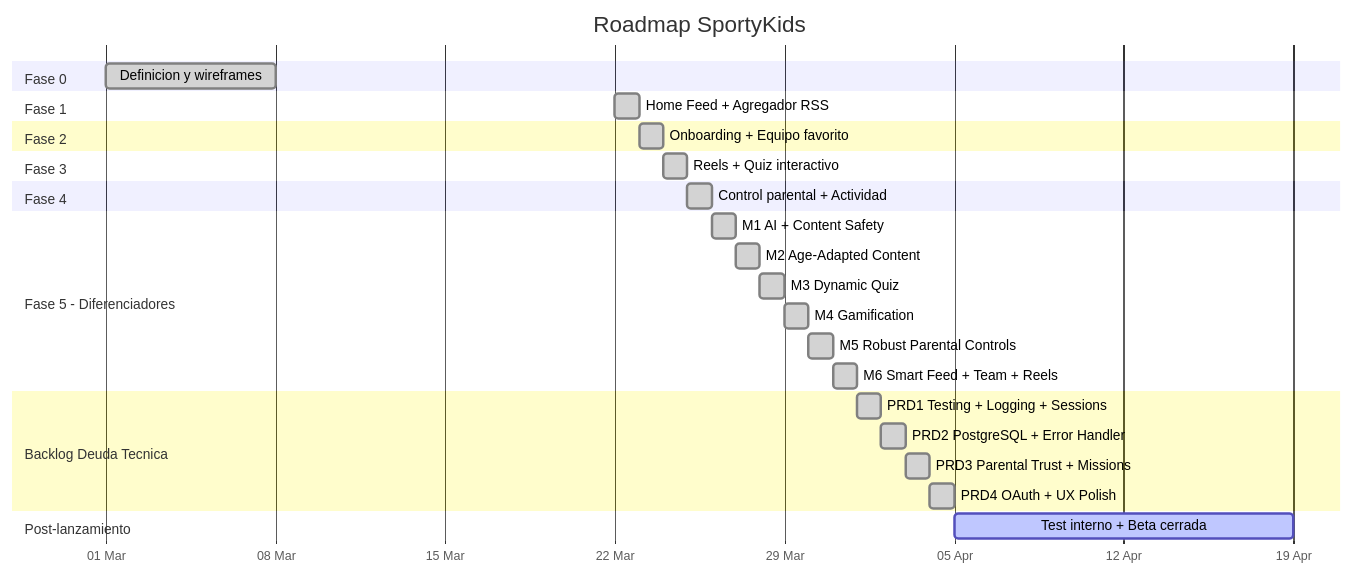
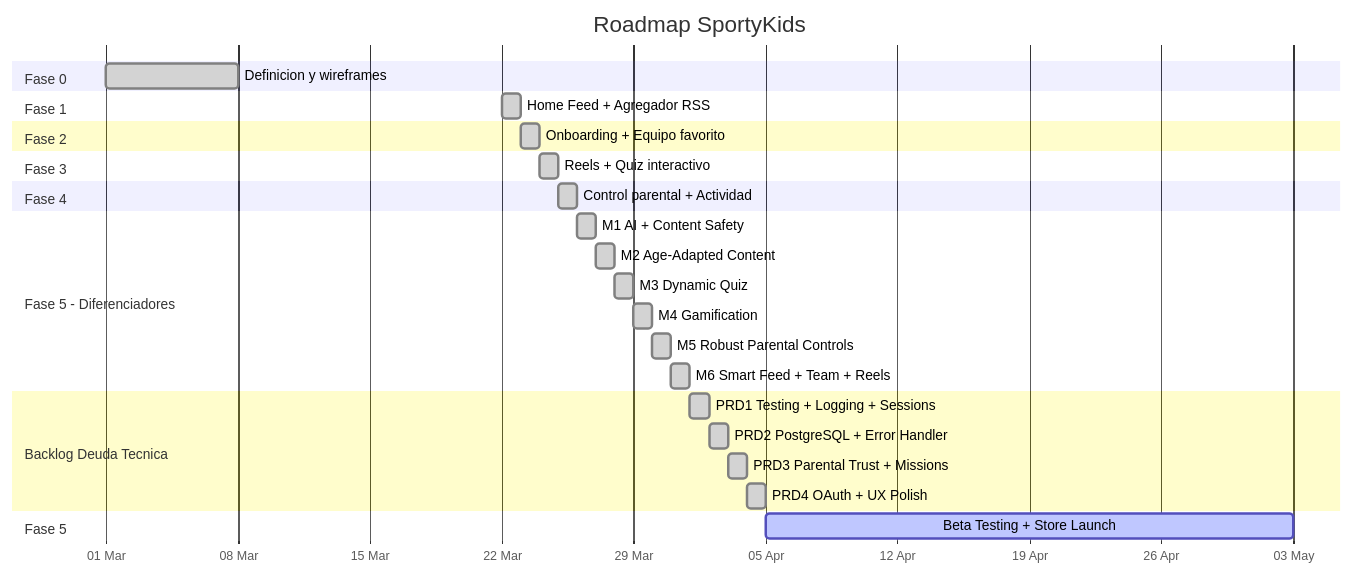
Before and after one commit to durdy48/SportyKids: the diagram in docs/es/10-roadmap-y-decisiones.md, drawn with Mermaid. The commit also changed other lines of this file and 18 other files, not shown here.

First line of the commit message:
feat: Phase 5 — Beta Testing & Store Launch preparation

````diff
--- a/docs/es/10-roadmap-y-decisiones.md
+++ b/docs/es/10-roadmap-y-decisiones.md
@@ -5,38 +5,38 @@
 ```mermaid
 gantt
     title Roadmap SportyKids
     dateFormat YYYY-MM-DD
     axisFormat %d %b
 
     section Fase 0
     Definicion y wireframes       :done, f0, 2026-03-01, 7d
 
     section Fase 1
     Home Feed + Agregador RSS     :done, f1, 2026-03-22, 1d
 
     section Fase 2
     Onboarding + Equipo favorito  :done, f2, after f1, 1d
 
     section Fase 3
     Reels + Quiz interactivo      :done, f3, after f2, 1d
 
     section Fase 4
     Control parental + Actividad  :done, f4, after f3, 1d
 
     section Fase 5 - Diferenciadores
     M1 AI + Content Safety        :done, m1, after f4, 1d
     M2 Age-Adapted Content        :done, m2, after m1, 1d
     M3 Dynamic Quiz               :done, m3, after m2, 1d
     M4 Gamification               :done, m4, after m3, 1d
     M5 Robust Parental Controls   :done, m5, after m4, 1d
     M6 Smart Feed + Team + Reels  :done, m6, after m5, 1d
 
     section Backlog Deuda Tecnica
     PRD1 Testing + Logging + Sessions :done, td1, after m6, 1d
     PRD2 PostgreSQL + Error Handler   :done, td2, after td1, 1d
     PRD3 Parental Trust + Missions    :done, td3, after td2, 1d
     PRD4 OAuth + UX Polish            :done, td4, after td3, 1d
 
-    section Post-lanzamiento
-    Test interno + Beta cerrada   :active, beta, after td4, 14d
+    section Fase 5
+    Beta Testing + Store Launch   :active, f5, after td4, 28d
 ```
````
